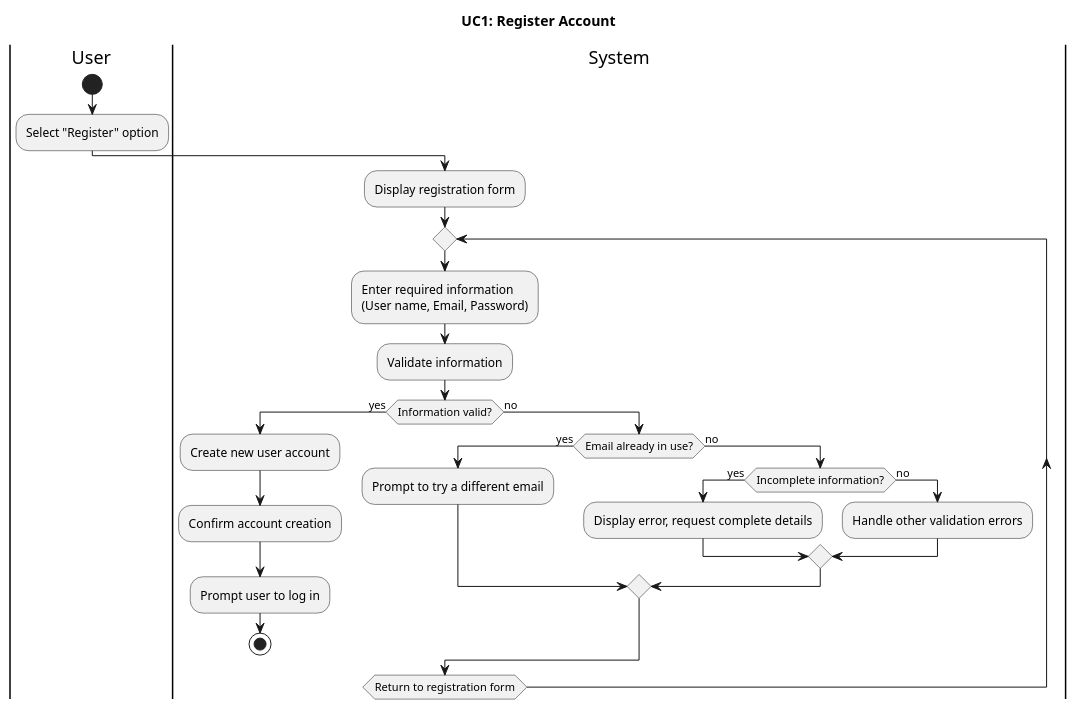
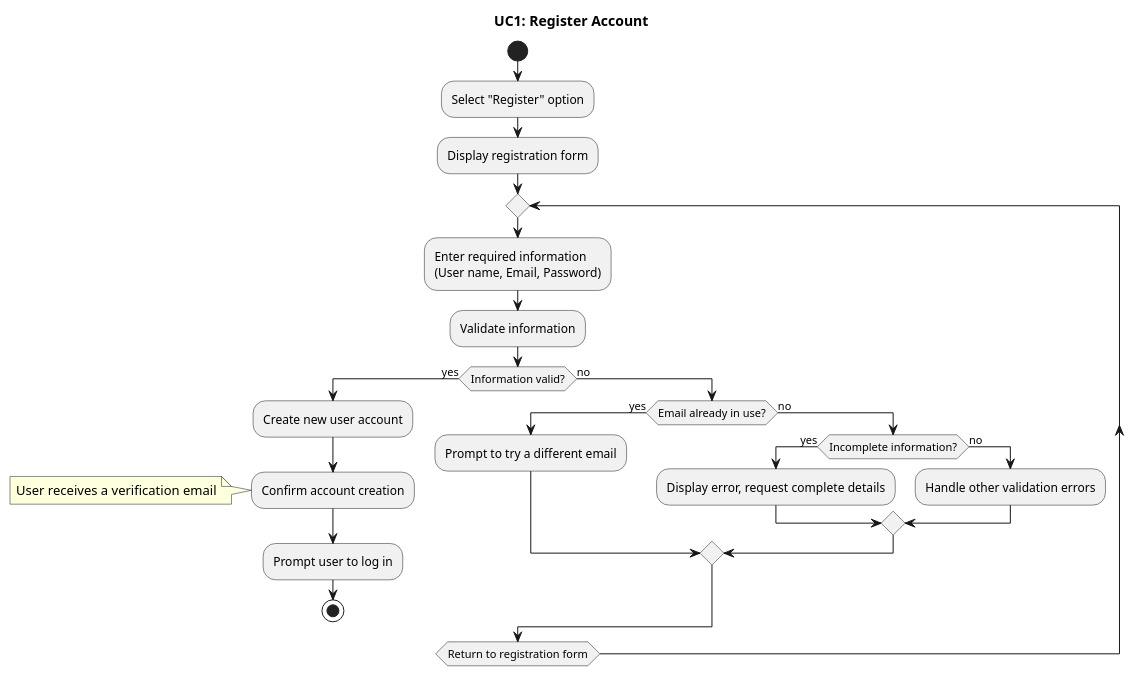
One commit to carmensat/RECIPE-ROULETTE changed the diagram in DIAGRAMS/UC1_ACTIVITY_register_account.puml. Above: the diagram before and after it, drawn with PlantUML.

```diff
--- a/DIAGRAMS/UC1_ACTIVITY_register_account.puml
+++ b/DIAGRAMS/UC1_ACTIVITY_register_account.puml
@@ -1,32 +1,33 @@
 @startuml
 title UC1: Register Account
 
-|User|
 start
 :Select "Register" option;
 
-|System|
 :Display registration form;
 repeat
 :Enter required information
 (User name, Email, Password);
 
 :Validate information;
 if (Information valid?) then (yes)
 	:Create new user account;
 	:Confirm account creation;
-	:Prompt user to log in;
+        note
+        User receives a verification email
+        end note
+ 	:Prompt user to log in;
 	stop
 else (no)
 	if (Email already in use?) then (yes)
     	:Prompt to try a different email;
 	else (no)
     	if (Incomplete information?) then (yes)
         	:Display error, request complete details;
     	else (no)
         	:Handle other validation errors;
     	endif
 	endif
 endif
 repeat while (Return to registration form)
 @enduml
```
